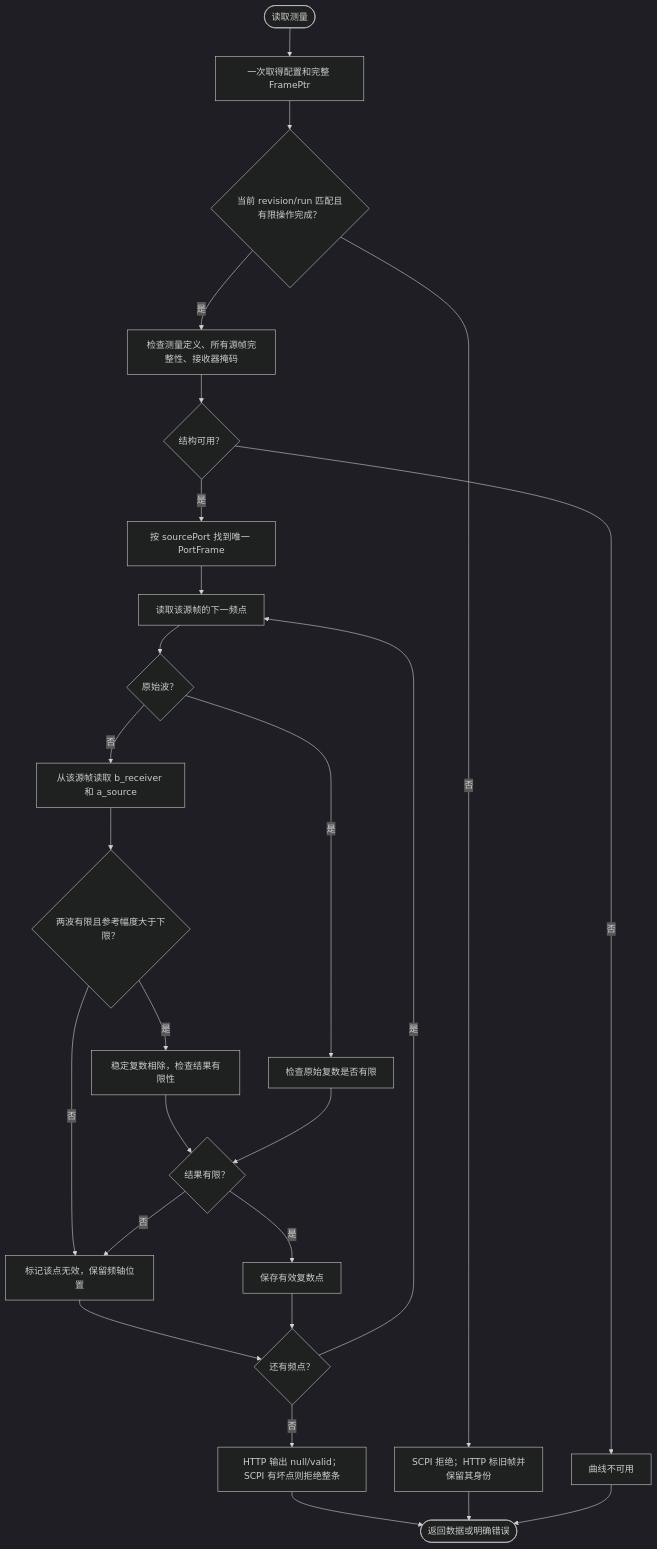
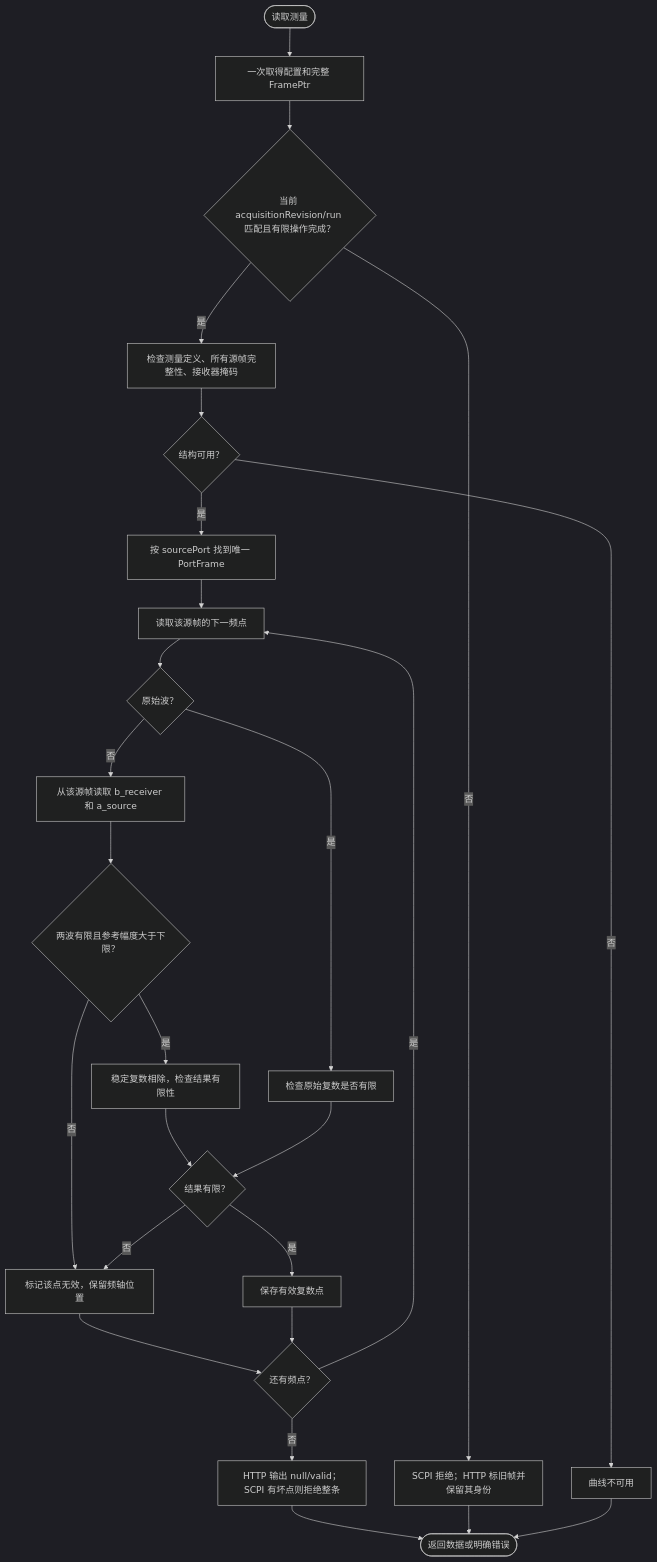
One commit to aniping/VnaPro changed the third of 3 diagrams in docs/未校准S参数测量设计.md. Above: the diagram before and after it, drawn with Mermaid (dark theme). The commit also changed other lines of this file and 7 other files, not shown here.

````diff
--- a/docs/未校准S参数测量设计.md
+++ b/docs/未校准S参数测量设计.md
@@ -112,28 +115,28 @@
 ```mermaid
 flowchart TD
     request([读取测量]) --> snapshot[一次取得配置和完整 FramePtr]
-    snapshot --> current{当前 revision/run 匹配且有限操作完成？}
+    snapshot --> current{当前 acquisitionRevision/run 匹配且有限操作完成？}
     current -->|否| stale[SCPI 拒绝；HTTP 标旧帧并保留其身份]
     current -->|是| check[检查测量定义、所有源帧完整性、接收器掩码]
     check --> structure{结构可用？}
     structure -->|否| unavailable[曲线不可用]
     structure -->|是| source[按 sourcePort 找到唯一 PortFrame]
     source --> point[读取该源帧的下一频点]
     point --> kind{原始波？}
     kind -->|是| raw[检查原始复数是否有限]
     kind -->|否| waves[从该源帧读取 b_receiver 和 a_source]
     waves --> reference{两波有限且参考幅度大于下限？}
     reference -->|否| bad[标记该点无效，保留频轴位置]
     reference -->|是| ratio[稳定复数相除，检查结果有限性]
     ratio --> finite{结果有限？}
     finite -->|否| bad
     finite -->|是| valid[保存有效复数点]
     raw --> finite
     bad --> next{还有频点？}
     valid --> next
     next -->|是| point
     next -->|否| output[HTTP 输出 null/valid；SCPI 有坏点则拒绝整条]
     output --> done([返回数据或明确错误])
     stale --> done
     unavailable --> done
 ```
````
